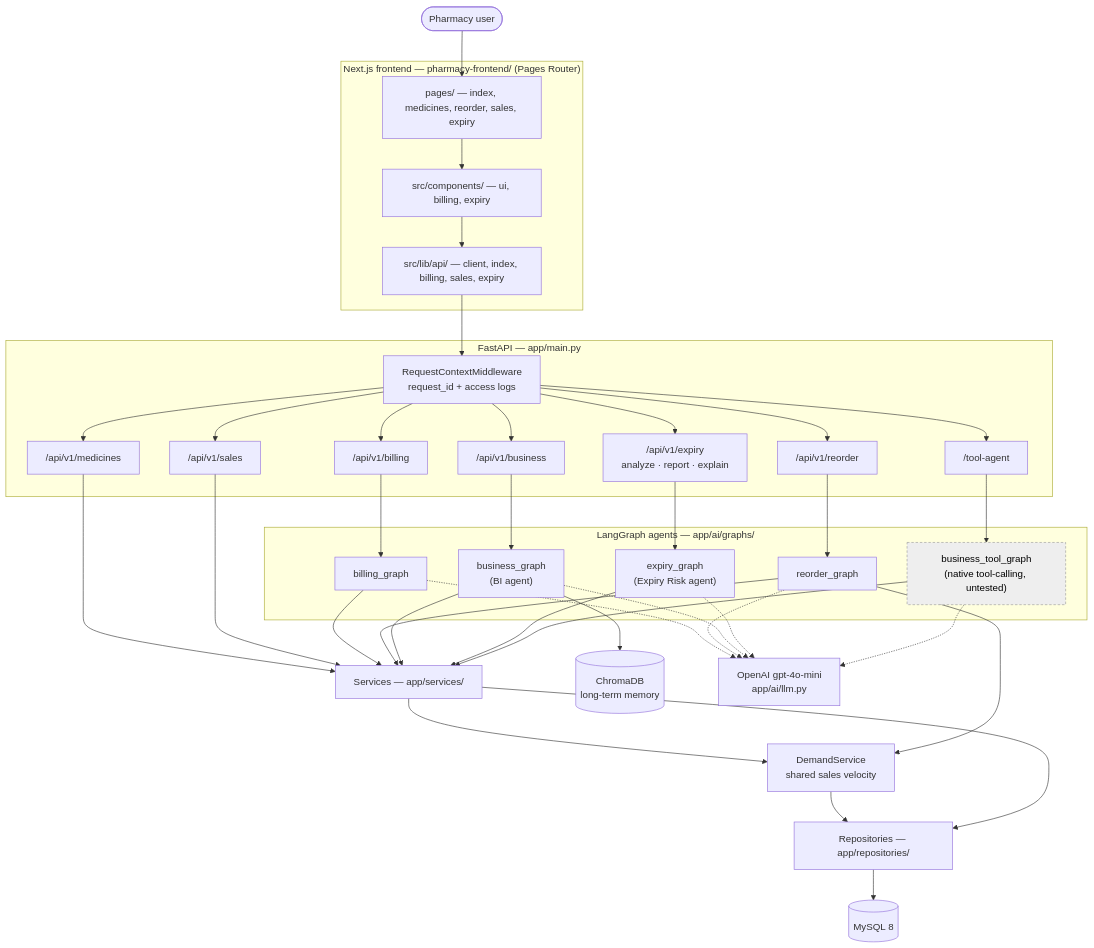
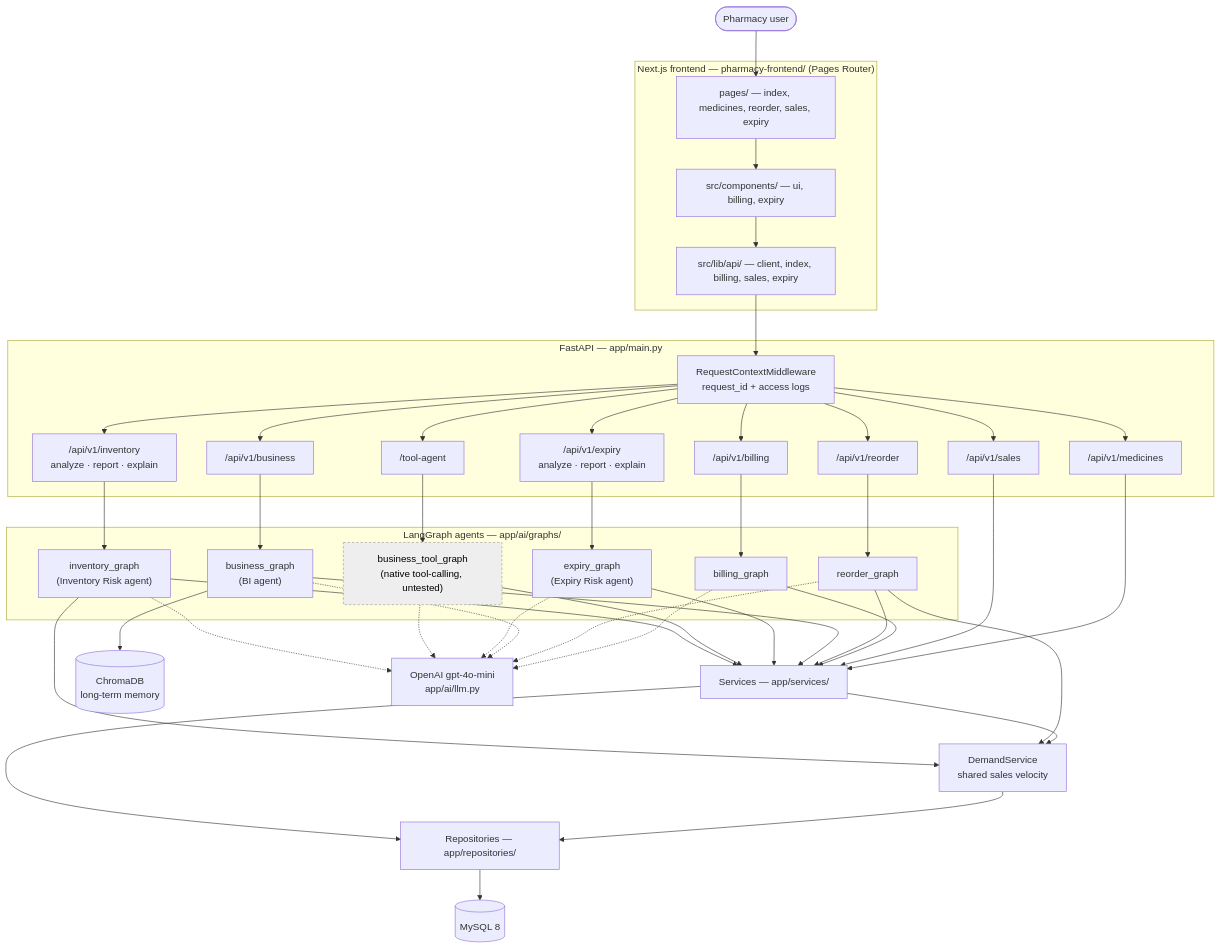
Before and after one commit to anurag-main/AI-Powered-Connected-Pharmacy-Ecosystem: the first of 2 diagrams in docs/architecture.md, drawn with Mermaid. The commit also changed other lines of this file and 3 other files, not shown here.

```diff
--- a/docs/architecture.md
+++ b/docs/architecture.md
@@ -30,6 +30,7 @@
         R3["/api/v1/reorder"]
         R4["/api/v1/business"]
         R5["/api/v1/expiry<br/>analyze · report · explain"]
+        R8["/api/v1/inventory<br/>analyze · report · explain"]
         R6["/tool-agent"]
         R7["/api/v1/sales"]
     end
@@ -39,6 +40,7 @@
         G2["reorder_graph"]
         G3["business_graph<br/>(BI agent)"]
         G4["expiry_graph<br/>(Expiry Risk agent)"]
+        G6["inventory_graph<br/>(Inventory Risk agent)"]
         G5["business_tool_graph<br/>(native tool-calling, untested)"]
     end
 
@@ -60,6 +62,7 @@
     MW --> R5
     MW --> R6
     MW --> R7
+    MW --> R8
 
     R1 --> SVC
     R2 --> G1
@@ -68,14 +71,17 @@
     R5 --> G4
     R6 --> G5
     R7 --> SVC
+    R8 --> G6
 
     G1 --> SVC
     G2 --> SVC
     G3 --> SVC
     G4 --> SVC
     G5 --> SVC
+    G6 --> SVC
     SVC --> DEM
     G2 --> DEM
+    G6 --> DEM
     DEM --> REPO
     SVC --> REPO
     REPO --> DB
@@ -86,6 +92,7 @@
     G3 -.-> LLM
     G4 -.-> LLM
     G5 -.-> LLM
+    G6 -.-> LLM
 
     classDef gap fill:#eeeeee,stroke:#999,stroke-dasharray:4 3,color:#000
     class G5 gap
```
